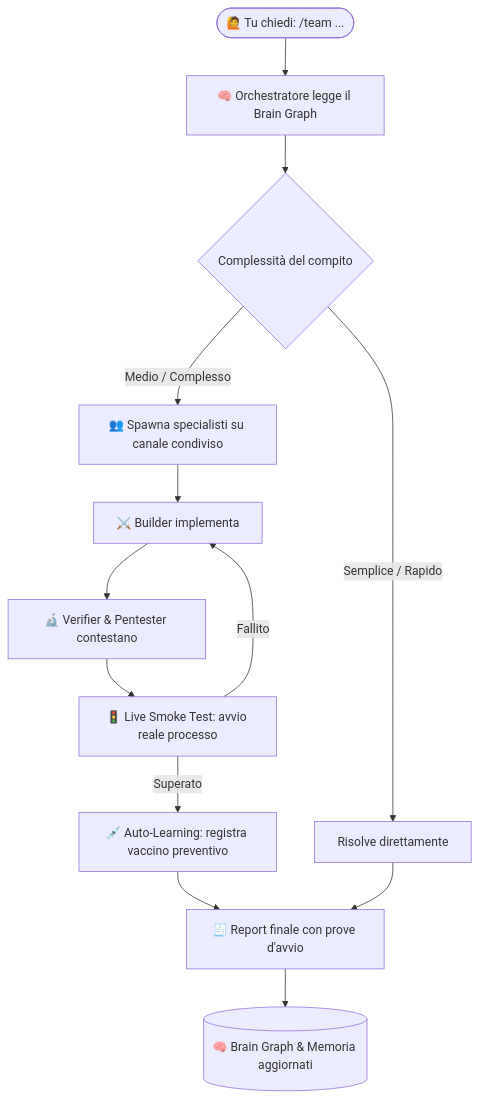
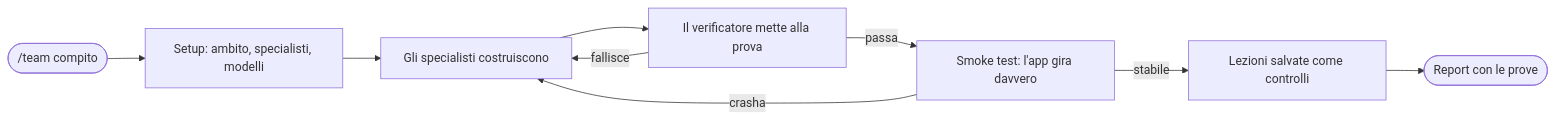
Before and after one commit to antoStr/team-workflow: the diagram in README.it.md, drawn with Mermaid. The commit also changed other lines of this file and 14 other files, not shown here.

````diff
--- a/README.it.md
+++ b/README.it.md
@@ -107,15 +234,11 @@
 ```mermaid
-flowchart TD
-    A([🙋 Tu chiedi: /team ...]) --> B[🧠 Orchestratore legge il Brain Graph]
-    B --> C{Complessità del compito}
-    C -- Semplice / Rapido --> D[Risolve direttamente]
-    C -- Medio / Complesso --> E[👥 Spawna specialisti su canale condiviso]
-    E --> F[⚔️ Builder implementa]
-    F --> G[🔬 Verifier & Pentester contestano]
-    G --> H[🚦 Live Smoke Test: avvio reale processo]
-    H -- Fallito --> F
-    H -- Superato --> I[💉 Auto-Learning: registra vaccino preventivo]
-    I --> J[🧾 Report finale con prove d'avvio]
-    D --> J
-    J --> K[(🧠 Brain Graph & Memoria aggiornati)]
+flowchart LR
+    A(["/team compito"]) --> B[Setup: ambito, specialisti, modelli]
+    B --> C[Gli specialisti costruiscono]
+    C --> D[Il verificatore mette alla prova]
+    D -- fallisce --> C
+    D -- passa --> E[Smoke test: l'app gira davvero]
+    E -- crasha --> C
+    E -- stabile --> F[Lezioni salvate come controlli]
+    F --> G([Report con le prove])
 ```
````
